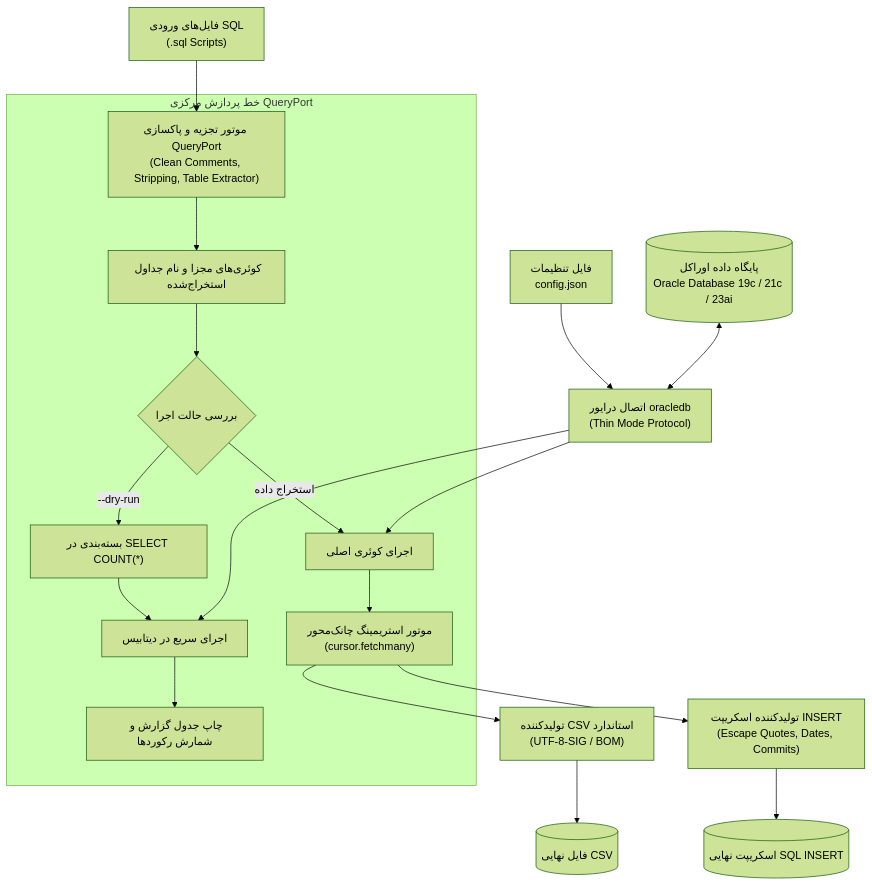
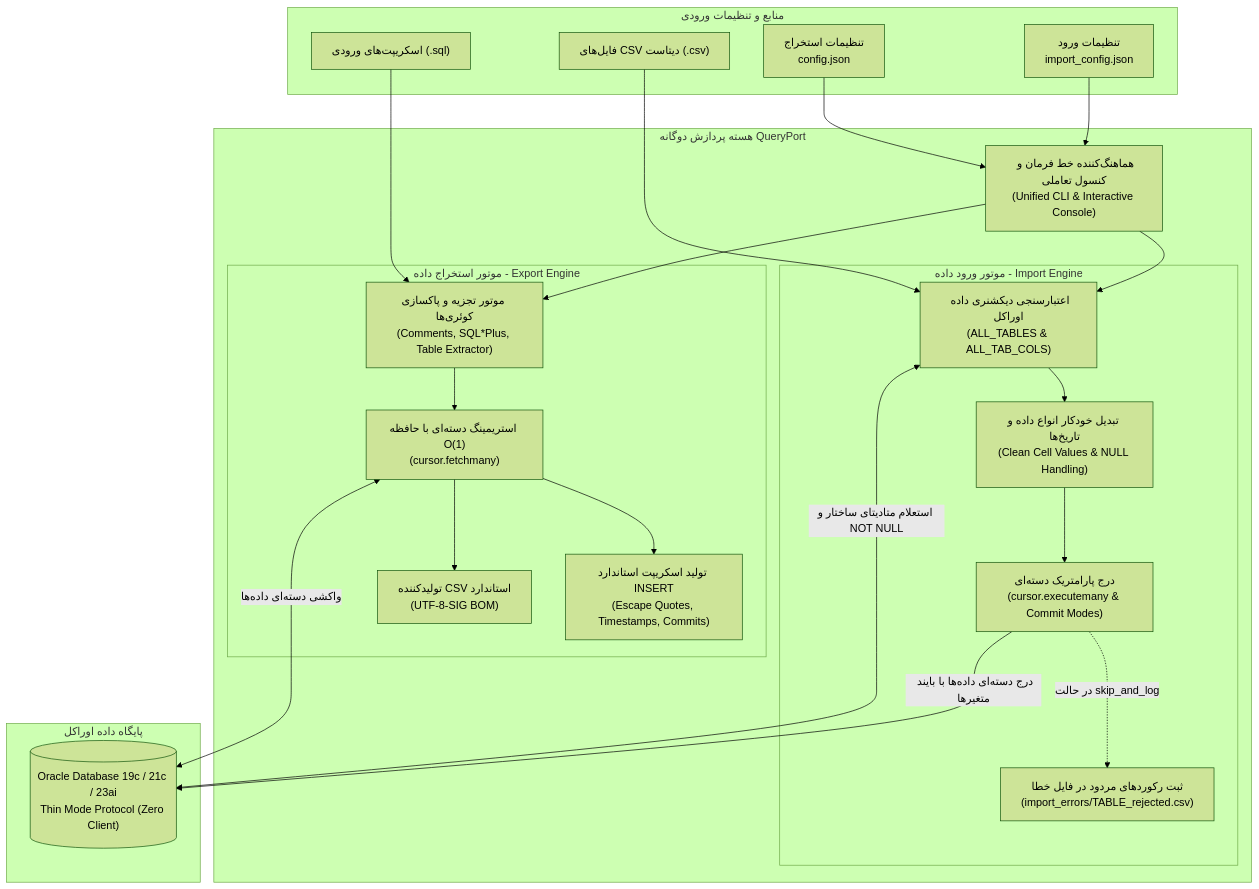
The diagram in QueryPort_Production/README.md (hamid-morsali-786/QueryPort), drawn with Mermaid (forest theme) before and after one commit. The commit also changed other lines of this file and 8 other files, not shown here.

Commit message:
docs & build: update documentation and rebuild standalone QueryPort binary with import feature

````diff
--- a/QueryPort_Production/README.md
+++ b/QueryPort_Production/README.md
@@ -97,27 +115,50 @@
 ```mermaid
 flowchart TD
-    SQLFile["فایل‌های ورودی SQL<br/>(.sql Scripts)"] --> Parser["موتور تجزیه و پاکسازی QueryPort<br/>(Clean Comments, Stripping, Table Extractor)"]
-    
-    subgraph خط پردازش مرکزی QueryPort
-        Parser --> Queries["کوئری‌های مجزا و نام جداول استخراج‌شده"]
-        Queries --> ModeDecision{"بررسی حالت اجرا"}
-        
-        ModeDecision -- "--dry-run" --> CountQuery["بسته‌بندی در SELECT COUNT(*)"]
-        CountQuery --> DBCount["اجرای سریع در دیتابیس"]
-        DBCount --> CLIReport["چاپ جدول گزارش و شمارش رکوردها"]
-        
-        ModeDecision -- "استخراج داده" --> DirectRun["اجرای کوئری اصلی"]
-        DirectRun --> StreamEngine["موتور استریمینگ چانک‌محور<br/>(cursor.fetchmany)"]
+    subgraph منابع و تنظیمات ورودی
+        SQLIn["اسکریپت‌های ورودی (.sql)"]
+        CSVIn["فایل‌های CSV دیتاست (.csv)"]
+        ConfigExp["تنظیمات استخراج<br/>config.json"]
+        ConfigImp["تنظیمات ورود<br/>import_config.json"]
     end
 
-    Config["فایل تنظیمات<br/>config.json"] --> Conn["اتصال درایور oracledb<br/>(Thin Mode Protocol)"]
-    Conn --> DirectRun
-    Conn --> DBCount
-    OracleServer[("پایگاه داده اوراکل<br/>Oracle Database 19c / 21c / 23ai")] <--> Conn
+    subgraph هسته پردازش دوگانه QueryPort
+        CLI["هماهنگ‌کننده خط فرمان و کنسول تعاملی<br/>(Unified CLI & Interactive Console)"]
+        
+        subgraph موتور استخراج داده - Export Engine
+            Parser["موتور تجزیه و پاکسازی کوئری‌ها<br/>(Comments, SQL*Plus, Table Extractor)"]
+            StreamExp["استریمینگ دسته‌ای با حافظه O(1)<br/>(cursor.fetchmany)"]
+            CSVGen["تولیدکننده CSV استاندارد<br/>(UTF-8-SIG BOM)"]
+            SQLGen["تولید اسکریپت استاندارد INSERT<br/>(Escape Quotes, Timestamps, Commits)"]
+        end
 
-    StreamEngine --> CSVWriter["تولیدکننده CSV استاندارد<br/>(UTF-8-SIG / BOM)"]
-    StreamEngine --> SQLWriter["تولیدکننده اسکریپت INSERT<br/>(Escape Quotes, Dates, Commits)"]
+        subgraph موتور ورود داده - Import Engine
+            Validator["اعتبارسنجی دیکشنری داده اوراکل<br/>(ALL_TABLES & ALL_TAB_COLS)"]
+            Cleaner["تبدیل خودکار انواع داده و تاریخ‌ها<br/>(Clean Cell Values & NULL Handling)"]
+            Batcher["درج پارامتریک دسته‌ای<br/>(cursor.executemany & Commit Modes)"]
+            ErrLog["ثبت رکوردهای مردود در فایل خطا<br/>(import_errors/TABLE_rejected.csv)"]
+        end
+    end
 
-    CSVWriter --> CSVOut[("فایل نهایی CSV")]
-    SQLWriter --> SQLOut[("اسکریپت نهایی SQL INSERT")]
+    subgraph پایگاه داده اوراکل
+        Oracle[("Oracle Database 19c / 21c / 23ai<br/>Thin Mode Protocol (Zero Client)")]
+    end
+
+    ConfigExp --> CLI
+    ConfigImp --> CLI
+    SQLIn --> Parser
+    CSVIn --> Validator
+
+    CLI --> Parser
+    CLI --> Validator
+
+    Parser --> StreamExp
+    StreamExp <-->|"واکشی دسته‌ای داده‌ها"| Oracle
+    StreamExp --> CSVGen
+    StreamExp --> SQLGen
+
+    Validator <-->|"استعلام متادیتای ساختار و NOT NULL"| Oracle
+    Validator --> Cleaner
+    Cleaner --> Batcher
+    Batcher -->|"درج دسته‌ای داده‌ها با بایند متغیرها"| Oracle
+    Batcher -.->|"در حالت skip_and_log"| ErrLog
 ```
````
